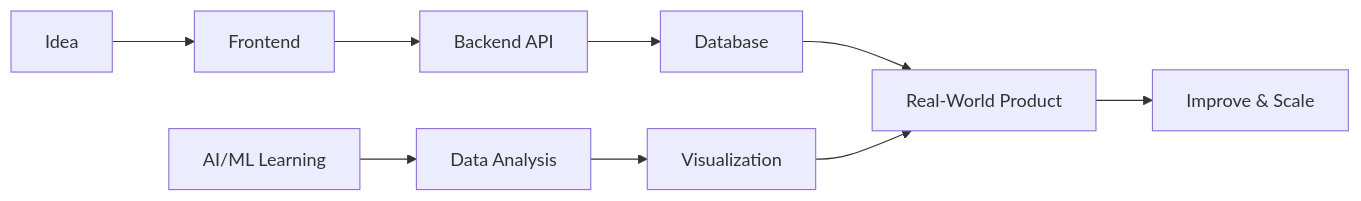
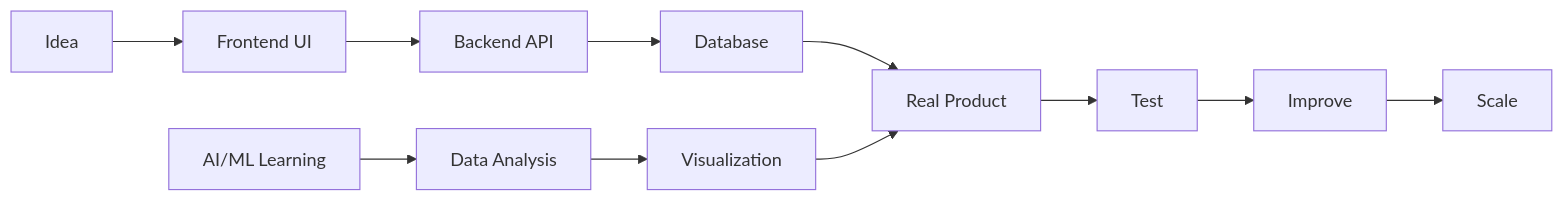
The diagram in README.md (ItsSanskar8/ItsSanskar8), drawn with Mermaid before and after one commit. The commit also changed other lines of this file, not shown here.

````diff
--- a/README.md
+++ b/README.md
@@ -171,12 +177,14 @@
 ```mermaid
 flowchart LR
-    A[Idea] --> B[Frontend]
+    A[Idea] --> B[Frontend UI]
     B --> C[Backend API]
     C --> D[Database]
-    D --> E[Real-World Product]
-    E --> F[Improve & Scale]
+    D --> E[Real Product]
+    E --> F[Test]
+    F --> G[Improve]
+    G --> H[Scale]
 
-    G[AI/ML Learning] --> H[Data Analysis]
-    H --> I[Visualization]
-    I --> E
+    I[AI/ML Learning] --> J[Data Analysis]
+    J --> K[Visualization]
+    K --> E
 ```
````
